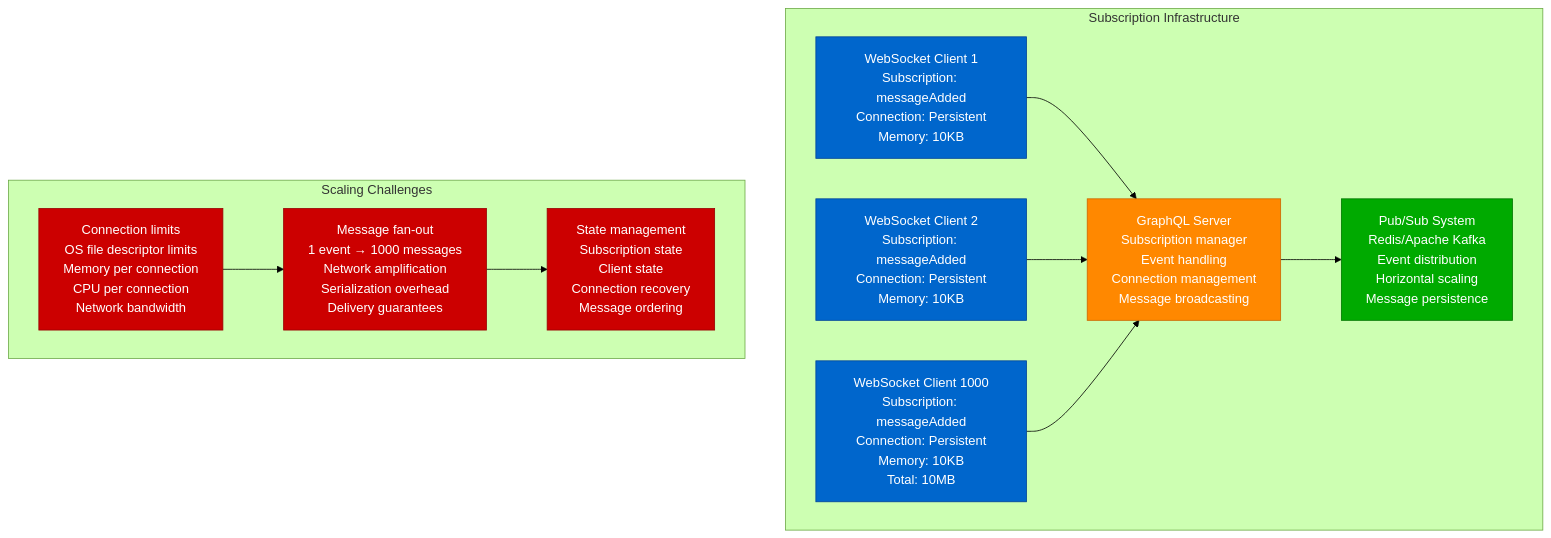
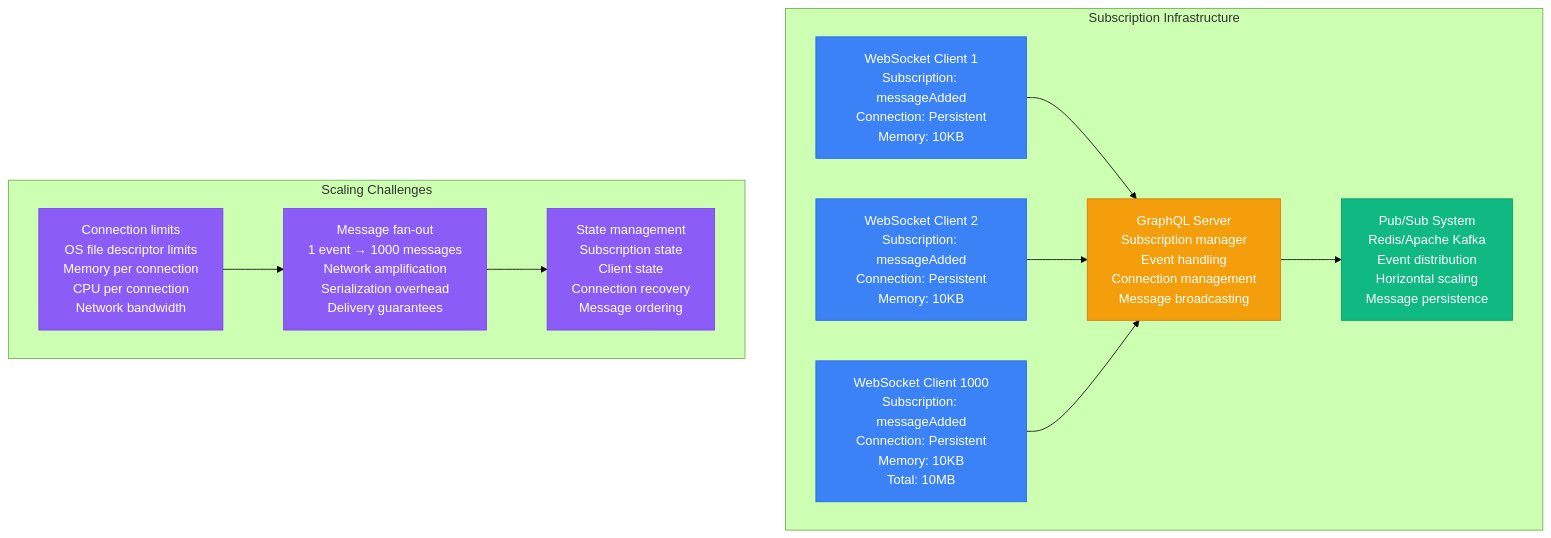
Before and after one commit to deepaucksharma/DS: the seventh of 12 diagrams in site/docs/performance/graphql-performance-profile.md, drawn with Mermaid (forest theme). The commit also changed other lines of this file and 303 other files, not shown here.

````diff
--- a/site/docs/performance/graphql-performance-profile.md
+++ b/site/docs/performance/graphql-performance-profile.md
@@ -253,39 +253,39 @@
 ```mermaid
 graph TB
     subgraph "Subscription Infrastructure"
         CLIENT1[WebSocket Client 1<br/>Subscription: messageAdded<br/>Connection: Persistent<br/>Memory: 10KB]
 
         CLIENT2[WebSocket Client 2<br/>Subscription: messageAdded<br/>Connection: Persistent<br/>Memory: 10KB]
 
         CLIENT1000[WebSocket Client 1000<br/>Subscription: messageAdded<br/>Connection: Persistent<br/>Memory: 10KB<br/>Total: 10MB]
 
         GRAPHQL_SERVER[GraphQL Server<br/>Subscription manager<br/>Event handling<br/>Connection management<br/>Message broadcasting]
 
         PUB_SUB[Pub/Sub System<br/>Redis/Apache Kafka<br/>Event distribution<br/>Horizontal scaling<br/>Message persistence]
 
         CLIENT1 --> GRAPHQL_SERVER
         CLIENT2 --> GRAPHQL_SERVER
         CLIENT1000 --> GRAPHQL_SERVER
         GRAPHQL_SERVER --> PUB_SUB
     end
 
     subgraph "Scaling Challenges"
         CHALLENGE1[Connection limits<br/>OS file descriptor limits<br/>Memory per connection<br/>CPU per connection<br/>Network bandwidth]
 
         CHALLENGE2[Message fan-out<br/>1 event → 1000 messages<br/>Network amplification<br/>Serialization overhead<br/>Delivery guarantees]
 
         CHALLENGE3[State management<br/>Subscription state<br/>Client state<br/>Connection recovery<br/>Message ordering]
 
         CHALLENGE1 --> CHALLENGE2 --> CHALLENGE3
     end
 
-    classDef clientStyle fill:#0066CC,stroke:#004499,color:#fff
-    classDef serverStyle fill:#FF8800,stroke:#CC6600,color:#fff
-    classDef pubsubStyle fill:#00AA00,stroke:#007700,color:#fff
-    classDef challengeStyle fill:#CC0000,stroke:#990000,color:#fff
+    classDef clientStyle fill:#3B82F6,stroke:#2563EB,color:#fff
+    classDef serverStyle fill:#F59E0B,stroke:#D97706,color:#fff
+    classDef pubsubStyle fill:#10B981,stroke:#059669,color:#fff
+    classDef challengeStyle fill:#8B5CF6,stroke:#7C3AED,color:#fff
 
     class CLIENT1,CLIENT2,CLIENT1000 clientStyle
     class GRAPHQL_SERVER serverStyle
     class PUB_SUB pubsubStyle
     class CHALLENGE1,CHALLENGE2,CHALLENGE3 challengeStyle
 ```
````
